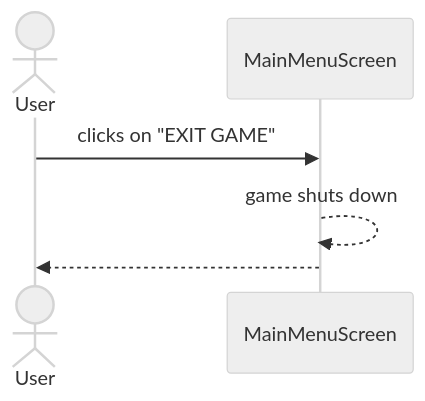
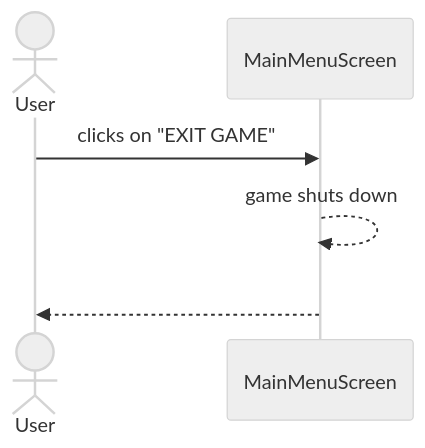
Before and after one commit to BIRSAx2/klotski: the seventh of 10 diagrams in docs/sequence_diagram/index.md, drawn with Mermaid (neutral theme).

Commit message:
Fixed "Exit Game" sequence diagram error

````diff
--- a/docs/sequence_diagram/index.md
+++ b/docs/sequence_diagram/index.md
@@ -332,7 +332,7 @@
 ```mermaid
 sequenceDiagram
     actor User
     User ->> MainMenuScreen : clicks on "EXIT GAME"
     MainMenuScreen -->> MainMenuScreen: game shuts down
-    MainMenuScreen -->> User: 
+    MainMenuScreen -->> User: #32;
 ```
````
